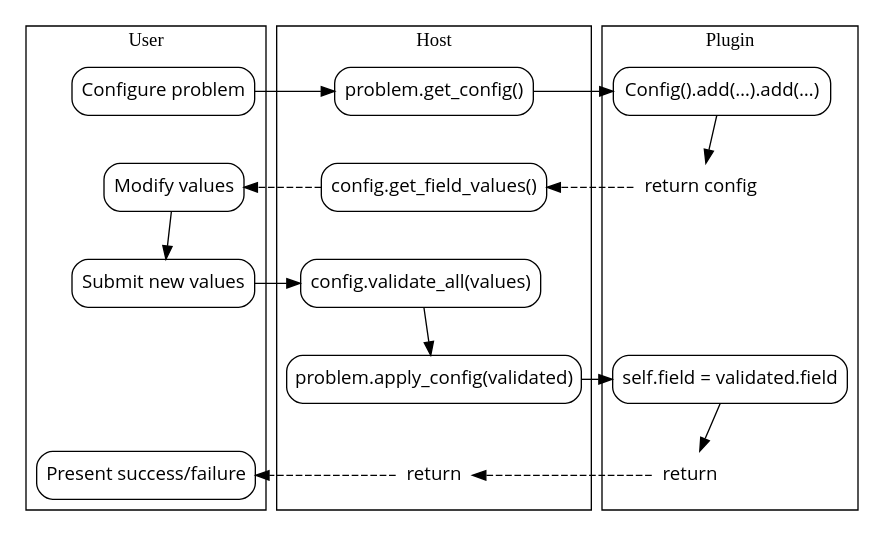
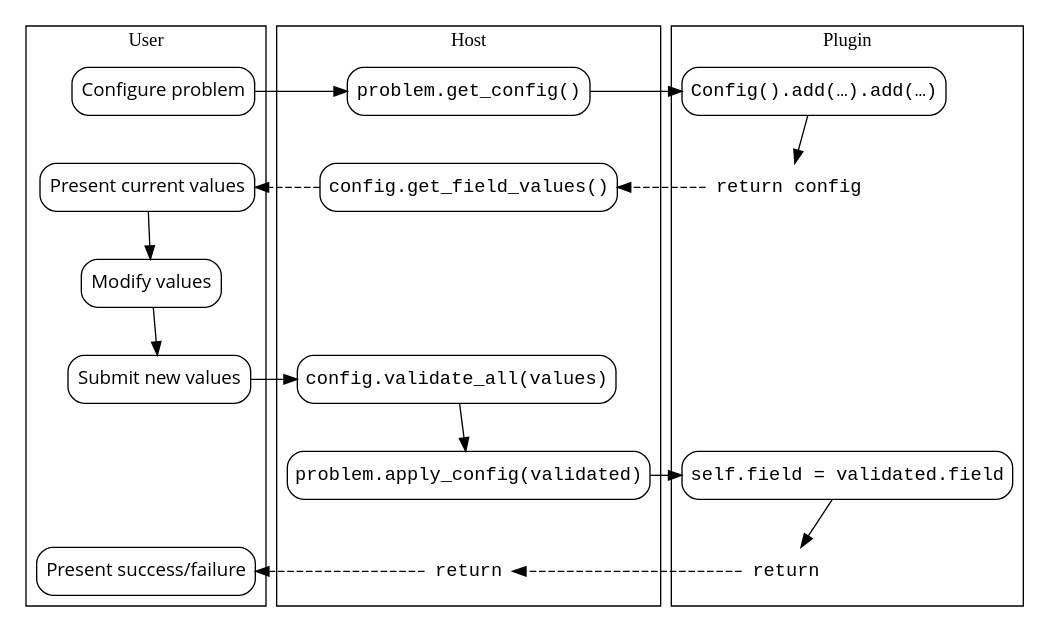
One commit to geoff-project/coi changed the diagram in docs/guide/configurable.rst. Above: the diagram before and after it, drawn with Graphviz. The commit also changed other lines of this file and 2 other files, not shown here.

Commit message:
Move long usage examples of Configurable from API ref to guide.

```diff
--- a/docs/guide/configurable.rst
+++ b/docs/guide/configurable.rst
@@ -16,51 +16,52 @@
 .. digraph:: control_flow
-    :caption: Fig. 1: Sequence diagram of the Configurable API
+    :caption: Fig. 1: Sequence diagram of the Configurable API.
 
     newrank = true;
     node[
         shape=box,
         fontname="Open Sans",
         style="rounded, filled",
         fillcolor="white",
     ];
 
     subgraph cluster_user {
         label = "User";
         configure[label="Configure problem"];
+        present[label="Present current values"];
         modify[label="Modify values"];
         submit[label="Submit new values"];
         end[label="Present success/failure"];
     }
 
     subgraph cluster_host {
         label = "Host";
-        get_config[label="problem.get_config()"];
-        get_field_values[label="config.get_field_values()"];
-        validate[label="config.validate_all(values)"];
-        apply_config[label="problem.apply_config(validated)"];
-        return_host[label="return", shape=plaintext];
+        get_config[fontname="Courier New", label="problem.get_config()"];
+        get_field_values[fontname="Courier New", label="config.get_field_values()"];
+        validate[fontname="Courier New", label="config.validate_all(values)"];
+        apply_config[fontname="Courier New", label="problem.apply_config(validated)"];
+        return_host[fontname="Courier New", label="return", shape=plaintext];
     }
 
     subgraph cluster_plugin {
         label = "Plugin";
-        make_config[label="Config().add(…).add(…)"];
-        return_config[label="return config", shape=plaintext];
-        use_config[label="self.field = validated.field"];
-        return_none[label="return", shape=plaintext];
+        make_config[fontname="Courier New", label="Config().add(…).add(…)"];
+        return_config[fontname="Courier New", label="return config", shape=plaintext];
+        use_config[fontname="Courier New", label="self.field = validated.field"];
+        return_none[fontname="Courier New", label="return", shape=plaintext];
     }
 
     { rank=same; configure; get_config; make_config; }
-    { rank=same; modify; get_field_values; return_config; }
+    { rank=same; present; get_field_values; return_config; }
     { rank=same; submit; validate; }
     { rank=same; apply_config; use_config; }
     { rank=same; end; return_host; return_none; }
 
     configure -> get_config -> make_config;
     make_config -> return_config;
-    return_config -> get_field_values -> modify [style=dashed];
-    modify -> submit;
+    return_config -> get_field_values -> present [style=dashed];
+    present -> modify -> submit;
     submit -> validate;
     validate -> apply_config;
     apply_config -> use_config;
     use_config -> return_none;
     return_none -> return_host -> end [style=dashed];
```
